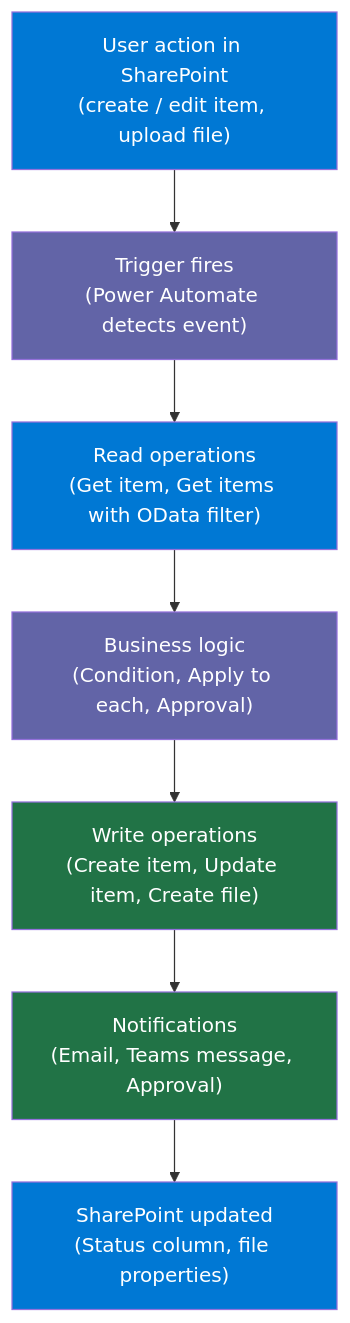
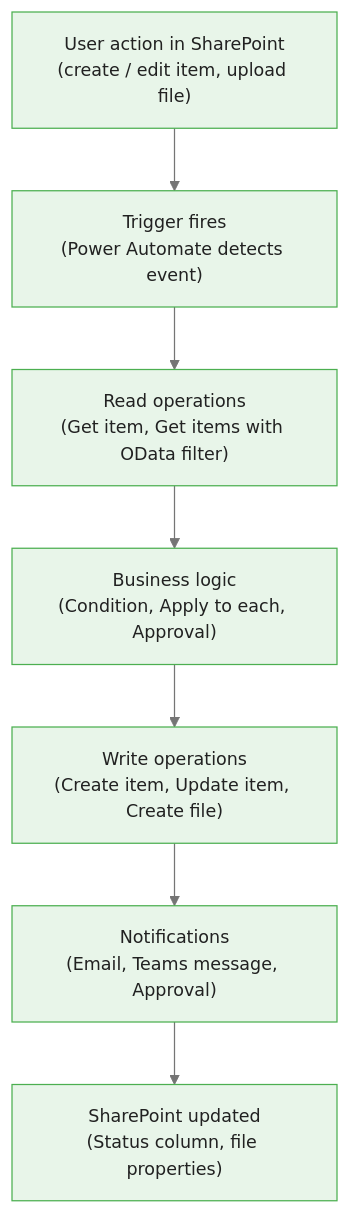
The first of 10 diagrams in courses/power-automate/modules/module_05_sharepoint_excel/guides/01_sharepoint_integration_slides.md (m-deane/course-creator), drawn with Mermaid before and after one commit. The commit also changed other lines of this file and 72 other files, not shown here.

````diff
--- a/courses/power-automate/modules/module_05_sharepoint_excel/guides/01_sharepoint_integration_slides.md
+++ b/courses/power-automate/modules/module_05_sharepoint_excel/guides/01_sharepoint_integration_slides.md
@@ -24,17 +26,11 @@
 ```mermaid
+%%{init: {"theme": "base", "themeVariables": {"primaryColor": "#e8f5e9", "primaryBorderColor": "#4caf50", "primaryTextColor": "#212121", "secondaryColor": "#e3f2fd", "tertiaryColor": "#fff8e1", "lineColor": "#757575", "fontFamily": "Inter, sans-serif", "fontSize": "14px"}}}%%
 graph TD
     U["User action in SharePoint\n(create / edit item, upload file)"]
     U --> T["Trigger fires\n(Power Automate detects event)"]
     T --> R["Read operations\n(Get item, Get items with OData filter)"]
     R --> L["Business logic\n(Condition, Apply to each, Approval)"]
     L --> W["Write operations\n(Create item, Update item, Create file)"]
     W --> N["Notifications\n(Email, Teams message, Approval)"]
     N --> S["SharePoint updated\n(Status column, file properties)"]
-    style U fill:#0078D4,color:#fff
-    style T fill:#6264A7,color:#fff
-    style R fill:#0078D4,color:#fff
-    style L fill:#6264A7,color:#fff
-    style W fill:#217346,color:#fff
-    style N fill:#217346,color:#fff
-    style S fill:#0078D4,color:#fff
 ```
````
